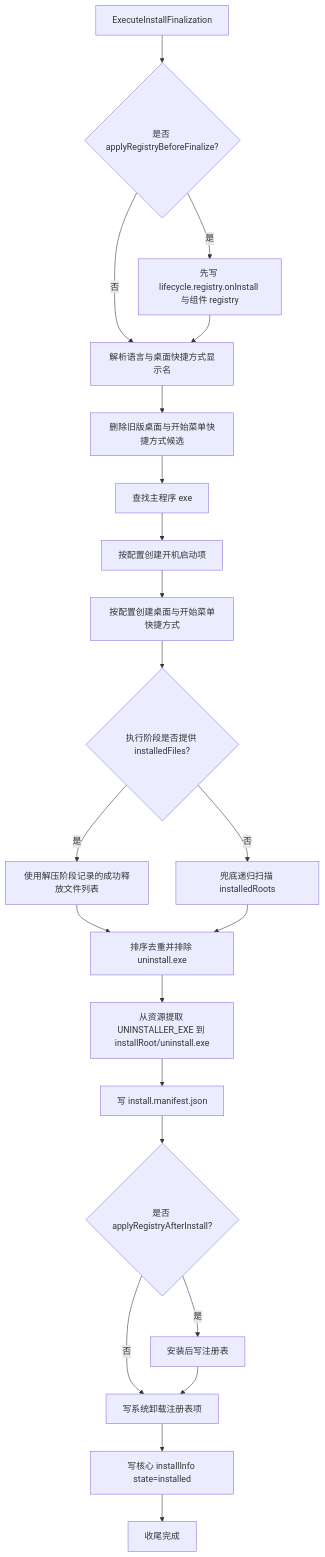
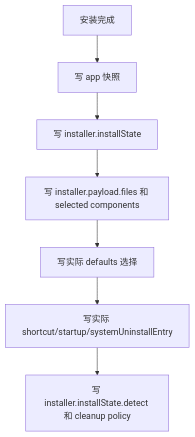
Before and after one commit to lu020218/Multi-Threaded_Installer: the fifth of 7 diagrams in docs/安装器流程图.md, drawn with Mermaid. The commit also changed other lines of this file and 63 other files, not shown here.

````diff
--- a/docs/安装器流程图.md
+++ b/docs/安装器流程图.md
@@ -195,24 +71,9 @@
 ```mermaid
 flowchart TD
-    A["ExecuteInstallFinalization"] --> B{"是否 applyRegistryBeforeFinalize?"}
-    B -->|是| B1["先写 lifecycle.registry.onInstall 与组件 registry"]
-    B -->|否| C["解析语言与桌面快捷方式显示名"]
-    B1 --> C
-    C --> D["删除旧版桌面与开始菜单快捷方式候选"]
-    D --> E["查找主程序 exe"]
-    E --> F["按配置创建开机启动项"]
-    F --> G["按配置创建桌面与开始菜单快捷方式"]
-    G --> H{"执行阶段是否提供 installedFiles?"}
-    H -->|是| H1["使用解压阶段记录的成功释放文件列表"]
-    H -->|否| H2["兜底递归扫描 installedRoots"]
-    H1 --> I["排序去重并排除 uninstall.exe"]
-    H2 --> I
-    I --> J["从资源提取 UNINSTALLER_EXE 到 installRoot/uninstall.exe"]
-    J --> K["写 install.manifest.json"]
-    K --> L{"是否 applyRegistryAfterInstall?"}
-    L -->|是| L1["安装后写注册表"]
-    L -->|否| M["写系统卸载注册表项"]
-    L1 --> M
-    M --> N["写核心 installInfo state=installed"]
-    N --> O["收尾完成"]
+    A["安装完成"] --> B["写 app 快照"]
+    B --> C["写 installer.installState"]
+    C --> D["写 installer.payload.files 和 selected components"]
+    D --> E["写实际 defaults 选择"]
+    E --> F["写实际 shortcut/startup/systemUninstallEntry"]
+    F --> G["写 installer.installState.detect 和 cleanup policy"]
 ```
````
